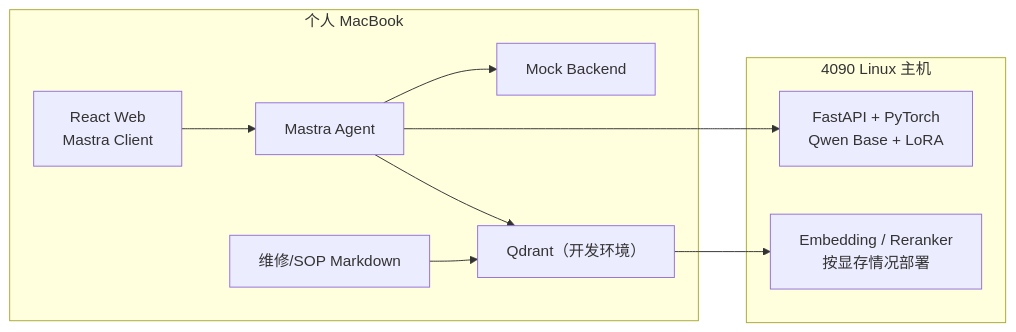
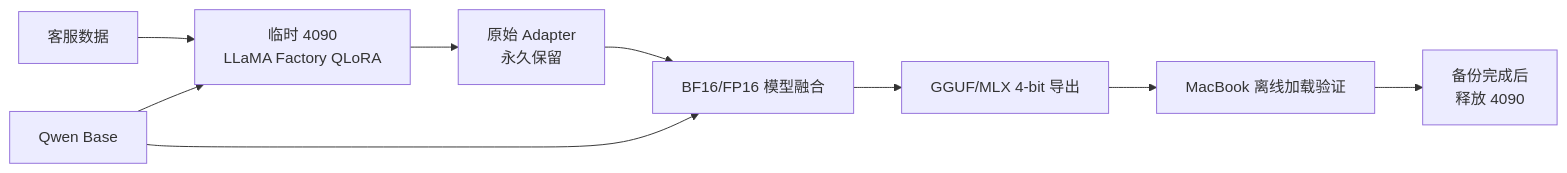
The first of 2 diagrams in docs/商业化训练部署与前端改造指导方案.md (gn57-ux/qwen-customer-service-agent), drawn with Mermaid before and after one commit. The commit also changed other lines of this file, not shown here.

Commit message:
docs: finalize temporary GPU and Mac deployment plan

````diff
--- a/docs/商业化训练部署与前端改造指导方案.md
+++ b/docs/商业化训练部署与前端改造指导方案.md
@@ -136,22 +168,11 @@
 ```mermaid
 flowchart LR
-    subgraph MAC["个人 MacBook"]
-        WEB["React Web<br/>Mastra Client"]
-        AGENT["Mastra Agent"]
-        MOCK["Mock Backend"]
-        QD["Qdrant（开发环境）"]
-        DOCS["维修/SOP Markdown"]
-    end
-
-    subgraph GPU["4090 Linux 主机"]
-        MODEL["FastAPI + PyTorch<br/>Qwen Base + LoRA"]
-        EMB["Embedding / Reranker<br/>按显存情况部署"]
-    end
-
-    WEB --> AGENT
-    AGENT --> MODEL
-    AGENT --> MOCK
-    AGENT --> QD
-    DOCS --> QD
-    QD --> EMB
+    DATA["客服数据"] --> GPU["临时 4090<br/>LLaMA Factory QLoRA"]
+    BASE["Qwen Base"] --> GPU
+    GPU --> ADAPTER["原始 Adapter<br/>永久保留"]
+    BASE --> MERGE["BF16/FP16 模型融合"]
+    ADAPTER --> MERGE
+    MERGE --> EXPORT["GGUF/MLX 4-bit 导出"]
+    EXPORT --> VERIFY["MacBook 离线加载验证"]
+    VERIFY --> RELEASE["备份完成后<br/>释放 4090"]
 ```
````
